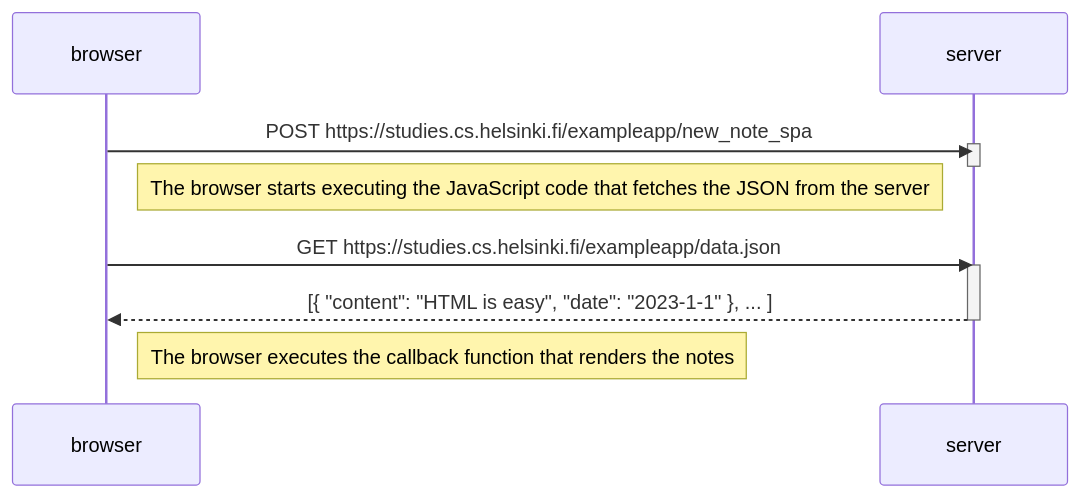
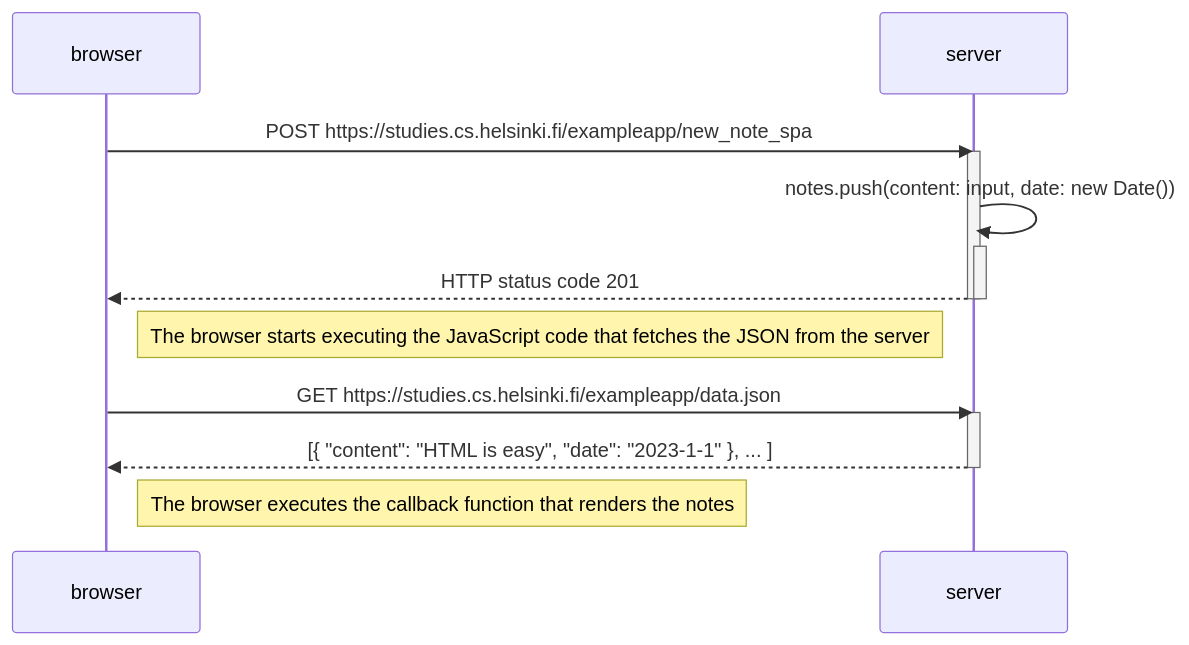
Before and after one commit to megaeonise/fullstackopen: the diagram in part0/exercise6.mmd, drawn with Mermaid.

```diff
--- a/part0/exercise6.mmd
+++ b/part0/exercise6.mmd
@@ -1,21 +1,23 @@
 sequenceDiagram
     participant browser
     participant server
 
 
 
     browser->>server: POST https://studies.cs.helsinki.fi/exampleapp/new_note_spa
     activate server
+    server->>+server: notes.push(content: input, date: new Date())
+    server-->>-browser: HTTP status code 201
     deactivate server
 
    
 
 
     Note right of browser: The browser starts executing the JavaScript code that fetches the JSON from the server
 
     browser->>server: GET https://studies.cs.helsinki.fi/exampleapp/data.json
     activate server
     server-->>browser: [{ "content": "HTML is easy", "date": "2023-1-1" }, ... ]
     deactivate server
 
     Note right of browser: The browser executes the callback function that renders the notes
```
